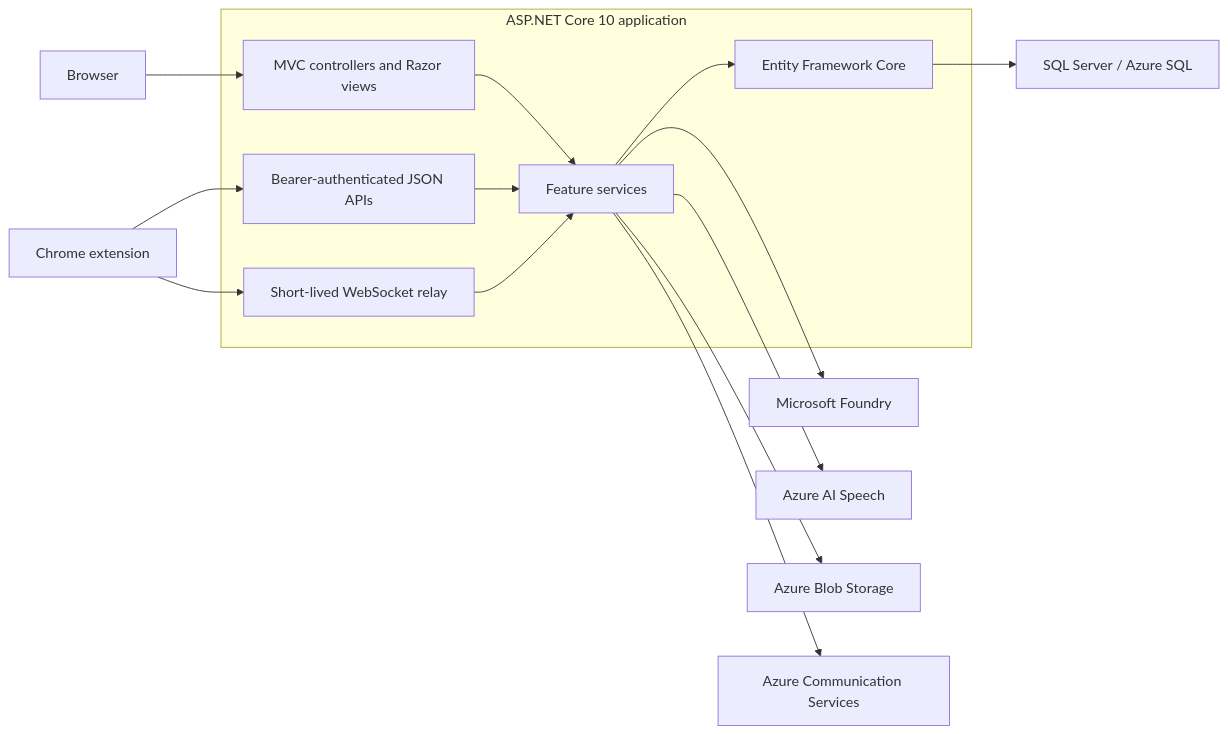
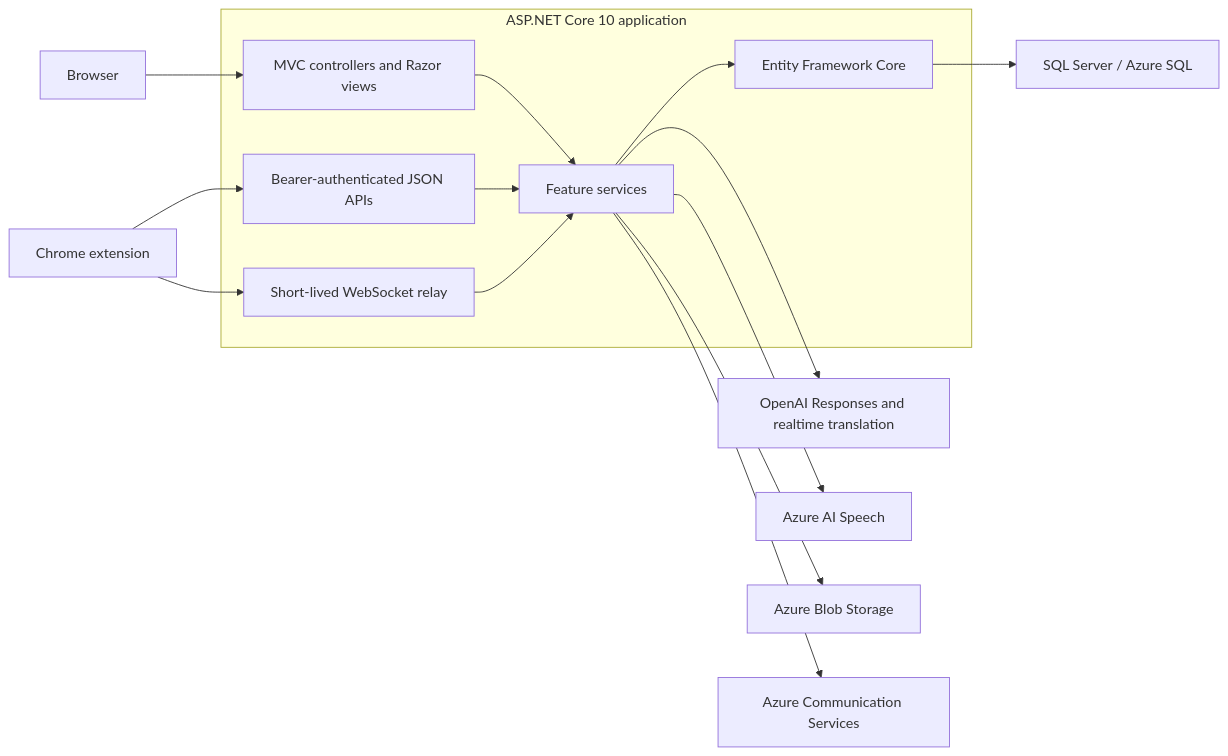
One commit to gusbo9233/Glosify-.net changed the diagram in docs/portfolio-case-study.md. Above: the diagram before and after it, drawn with Mermaid. The commit also changed other lines of this file and 108 other files, not shown here.

Commit message:
Replace Foundry with direct OpenAI APIs

````diff
--- a/docs/portfolio-case-study.md
+++ b/docs/portfolio-case-study.md
@@ -76,21 +76,21 @@
 ```mermaid
 flowchart LR
     Browser["Browser"]
     Extension["Chrome extension"]
 
     subgraph WebApp["ASP.NET Core 10 application"]
         MVC["MVC controllers and Razor views"] --> Services["Feature services"]
         API["Bearer-authenticated JSON APIs"] --> Services
         Relay --> Services
         Services --> EF["Entity Framework Core"]
     end
 
     Browser --> MVC
     Extension --> API
     Extension --> Relay["Short-lived WebSocket relay"]
     EF --> SQL["SQL Server / Azure SQL"]
-    Services --> Foundry["Microsoft Foundry"]
+    Services --> OpenAI["OpenAI Responses and realtime translation"]
     Services --> Speech["Azure AI Speech"]
     Services --> Storage["Azure Blob Storage"]
     Services --> ACS["Azure Communication Services"]
 ```
````
